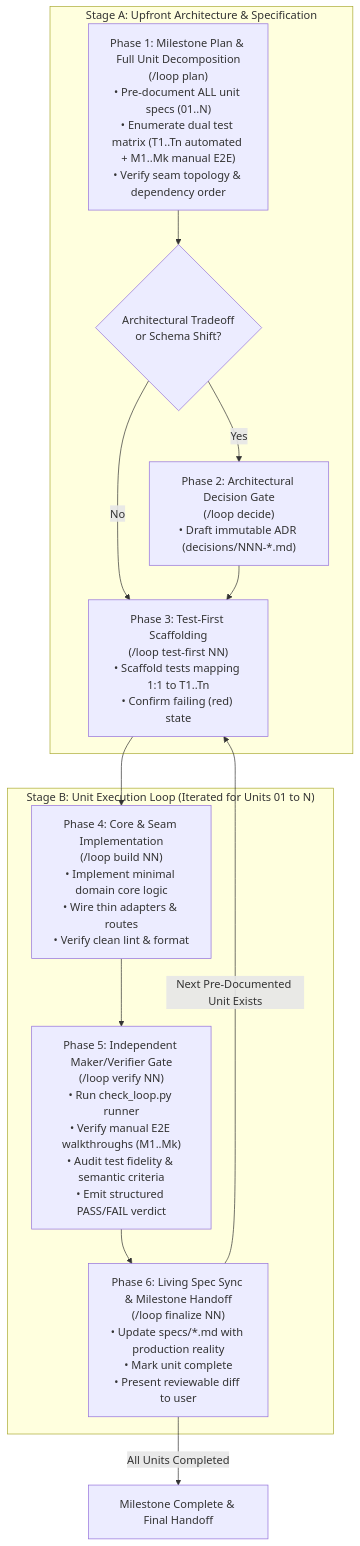
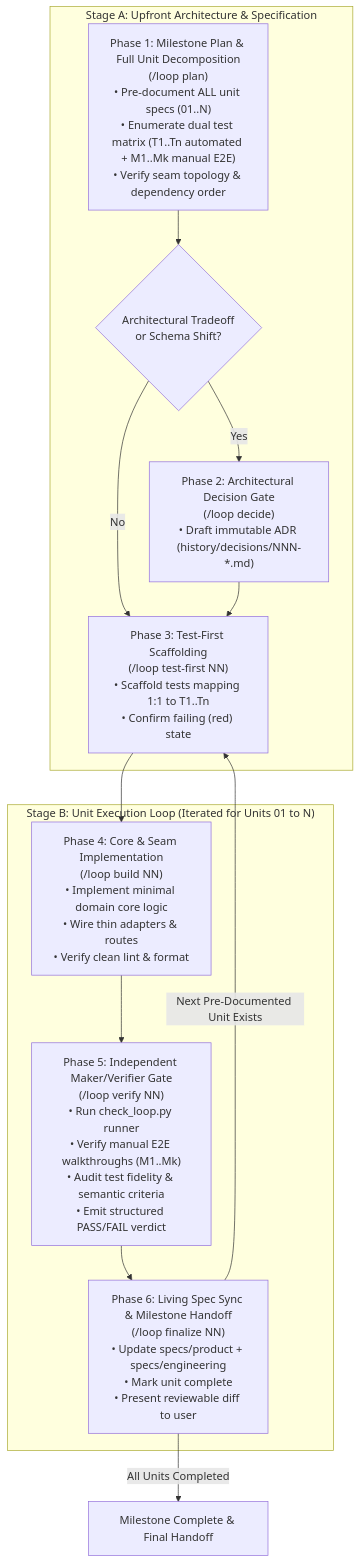
The diagram in loop-engineering/SKILL.md (yoyothesheep/claude-skills), drawn with Mermaid before and after one commit. The commit also changed other lines of this file and 6 other files, not shown here.

First line of the commit message:
loop-engineering: active/, specs/{product,engineering}, history/{decisions,milestones}

````diff
--- a/loop-engineering/SKILL.md
+++ b/loop-engineering/SKILL.md
@@ -50,47 +64,47 @@
 ```mermaid
 flowchart TD
     subgraph StageA["Stage A: Upfront Architecture & Specification"]
         P1["Phase 1: Milestone Plan & Full Unit Decomposition
 (/loop plan)
 • Pre-document ALL unit specs (01..N)
 • Enumerate dual test matrix (T1..Tn automated + M1..Mk manual E2E)
 • Verify seam topology & dependency order"]
         P2{"Architectural Tradeoff
 or Schema Shift?"}
         P3["Phase 2: Architectural Decision Gate
 (/loop decide)
-• Draft immutable ADR (decisions/NNN-*.md)"]
+• Draft immutable ADR (history/decisions/NNN-*.md)"]
         P1 --> P2
         P2 -- Yes --> P3
         P2 -- No --> P4
         P3 --> P4
     end
 
     subgraph StageB["Stage B: Unit Execution Loop (Iterated for Units 01 to N)"]
         P4["Phase 3: Test-First Scaffolding
 (/loop test-first NN)
 • Scaffold tests mapping 1:1 to T1..Tn
 • Confirm failing (red) state"]
         P5["Phase 4: Core & Seam Implementation
 (/loop build NN)
 • Implement minimal domain core logic
 • Wire thin adapters & routes
 • Verify clean lint & format"]
         P6["Phase 5: Independent Maker/Verifier Gate
 (/loop verify NN)
 • Run check_loop.py runner
 • Verify manual E2E walkthroughs (M1..Mk)
 • Audit test fidelity & semantic criteria
 • Emit structured PASS/FAIL verdict"]
         P7["Phase 6: Living Spec Sync & Milestone Handoff
 (/loop finalize NN)
-• Update specs/*.md with production reality
+• Update specs/product + specs/engineering
 • Mark unit complete
 • Present reviewable diff to user"]
 
         P4 --> P5 --> P6 --> P7
     end
 
     P7 -->|Next Pre-Documented Unit Exists| P4
     P7 -->|All Units Completed| Done["Milestone Complete & Final Handoff"]
 ```
````
